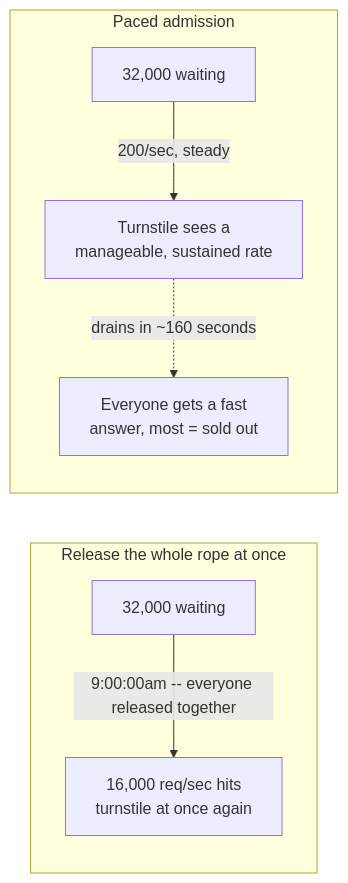
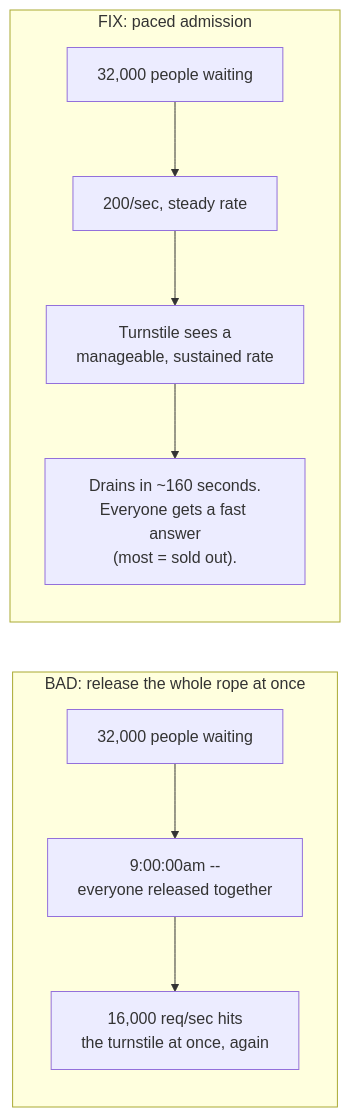
The fifth of 13 diagrams in system-design/HLD/0-course/60-Design-a-Flash-Sale-System-FAANG-Guide-story.md (riyaz-pasha/Learnings), drawn with Mermaid before and after one commit. The commit also changed other lines of this file and 2 other files, not shown here.

Commit message:
[REWRITE] Flash Sale System story guide: simplify prose, add structure, fix diagrams

````diff
--- a/system-design/HLD/0-course/60-Design-a-Flash-Sale-System-FAANG-Guide-story.md
+++ b/system-design/HLD/0-course/60-Design-a-Flash-Sale-System-FAANG-Guide-story.md
@@ -117,10 +337,15 @@
 ```mermaid
 flowchart LR
-    subgraph BadRelease["Release the whole rope at once"]
-        Q1["32,000 waiting"] -->|"9:00:00am -- everyone released together"| T1["16,000 req/sec hits\nturnstile at once again"]
+    subgraph BadRelease["BAD: release the whole rope at once"]
+        direction TB
+        Q1["32,000 people waiting"] --> T1["9:00:00am --<br/>everyone released together"]
+        T1 --> R1["16,000 req/sec hits<br/>the turnstile at once, again"]
     end
-    subgraph PacedRelease["Paced admission"]
-        Q2["32,000 waiting"] -->|"200/sec, steady"| T2["Turnstile sees a\nmanageable, sustained rate"]
-        T2 -.->|"drains in ~160 seconds"| Done["Everyone gets a fast\nanswer, most = sold out"]
+
+    subgraph PacedRelease["FIX: paced admission"]
+        direction TB
+        Q2["32,000 people waiting"] --> T2["200/sec, steady rate"]
+        T2 --> R2["Turnstile sees a<br/>manageable, sustained rate"]
+        R2 --> Done["Drains in ~160 seconds.<br/>Everyone gets a fast answer<br/>(most = sold out)."]
     end
 ```
````
